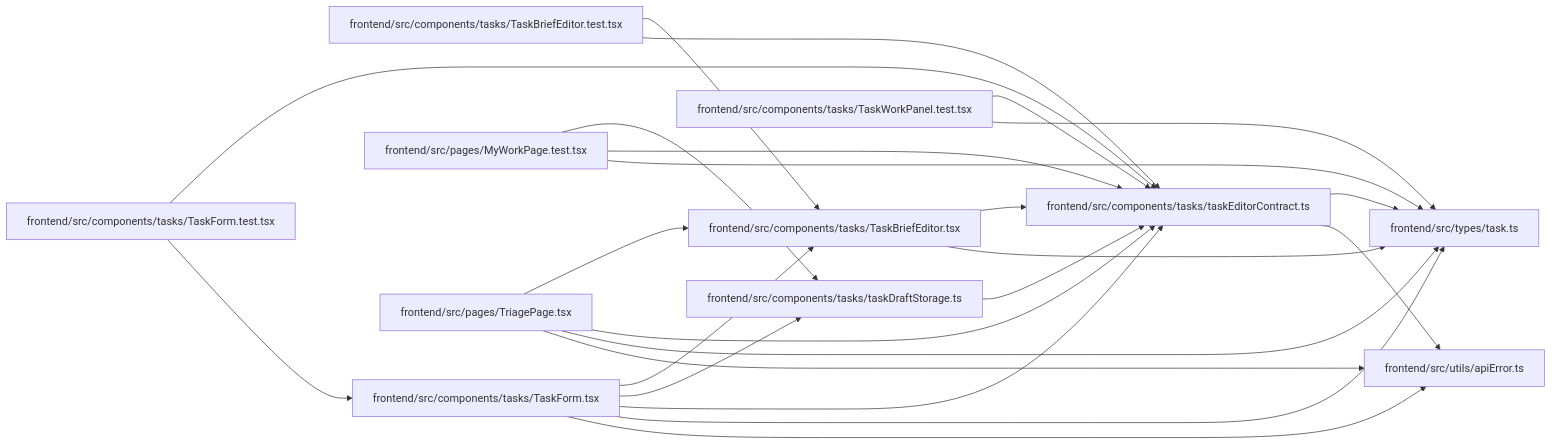
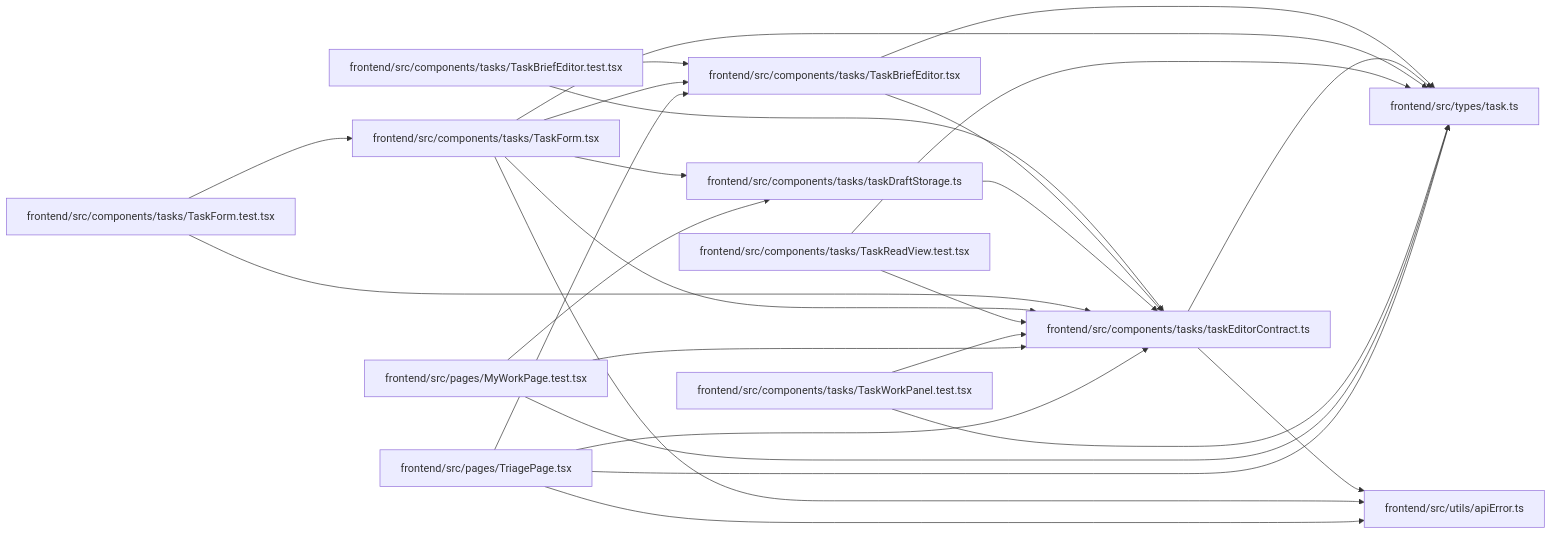
The diagram in docs/llm_wiki/modules/taskEditorContract.md (Denissvgn/WorkChord), drawn with Mermaid before and after one commit. The commit also changed other lines of this file and 375 other files, not shown here.

Commit message:
docs(wiki): refresh for the read-first task view

````diff
--- a/docs/llm_wiki/modules/taskEditorContract.md
+++ b/docs/llm_wiki/modules/taskEditorContract.md
@@ -28,48 +28,52 @@
 ```mermaid
 flowchart LR
     n0["frontend/src/components/tasks/TaskBriefEditor.test.tsx"]
     n1["frontend/src/components/tasks/TaskBriefEditor.tsx"]
     n2["frontend/src/components/tasks/taskDraftStorage.ts"]
     n3["frontend/src/components/tasks/taskEditorContract.ts"]
     n4["frontend/src/components/tasks/TaskForm.test.tsx"]
     n5["frontend/src/components/tasks/TaskForm.tsx"]
-    n6["frontend/src/components/tasks/TaskWorkPanel.test.tsx"]
-    n7["frontend/src/pages/MyWorkPage.test.tsx"]
-    n8["frontend/src/pages/TriagePage.tsx"]
-    n9["frontend/src/types/task.ts"]
-    n10["frontend/src/utils/apiError.ts"]
+    n6["frontend/src/components/tasks/TaskReadView.test.tsx"]
+    n7["frontend/src/components/tasks/TaskWorkPanel.test.tsx"]
+    n8["frontend/src/pages/MyWorkPage.test.tsx"]
+    n9["frontend/src/pages/TriagePage.tsx"]
+    n10["frontend/src/types/task.ts"]
+    n11["frontend/src/utils/apiError.ts"]
     n0 --> n1
     n0 --> n3
     n1 --> n3
-    n1 --> n9
+    n1 --> n10
     n2 --> n3
-    n3 --> n9
     n3 --> n10
+    n3 --> n11
     n4 --> n3
     n4 --> n5
     n5 --> n1
     n5 --> n2
     n5 --> n3
-    n5 --> n9
     n5 --> n10
+    n5 --> n11
     n6 --> n3
-    n6 --> n9
-    n7 --> n2
+    n6 --> n10
     n7 --> n3
-    n7 --> n9
-    n8 --> n1
+    n7 --> n10
+    n8 --> n2
     n8 --> n3
-    n8 --> n9
     n8 --> n10
+    n9 --> n1
+    n9 --> n3
+    n9 --> n10
+    n9 --> n11
     click n0 "../modules/TaskBriefEditor.test.md"
     click n1 "../modules/TaskBriefEditor.md"
     click n2 "../modules/taskDraftStorage.md"
     click n3 "../modules/taskEditorContract.md"
     click n4 "../modules/TaskForm.test.md"
     click n5 "../modules/TaskForm.md"
-    click n6 "../modules/TaskWorkPanel.test.md"
-    click n7 "../modules/MyWorkPage.test.md"
-    click n8 "../modules/TriagePage.md"
-    click n9 "../modules/types_task.md"
-    click n10 "../modules/apiError.md"
+    click n6 "../modules/TaskReadView.test.md"
+    click n7 "../modules/TaskWorkPanel.test.md"
+    click n8 "../modules/MyWorkPage.test.md"
+    click n9 "../modules/TriagePage.md"
+    click n10 "../modules/types_task.md"
+    click n11 "../modules/apiError.md"
 ```
````
